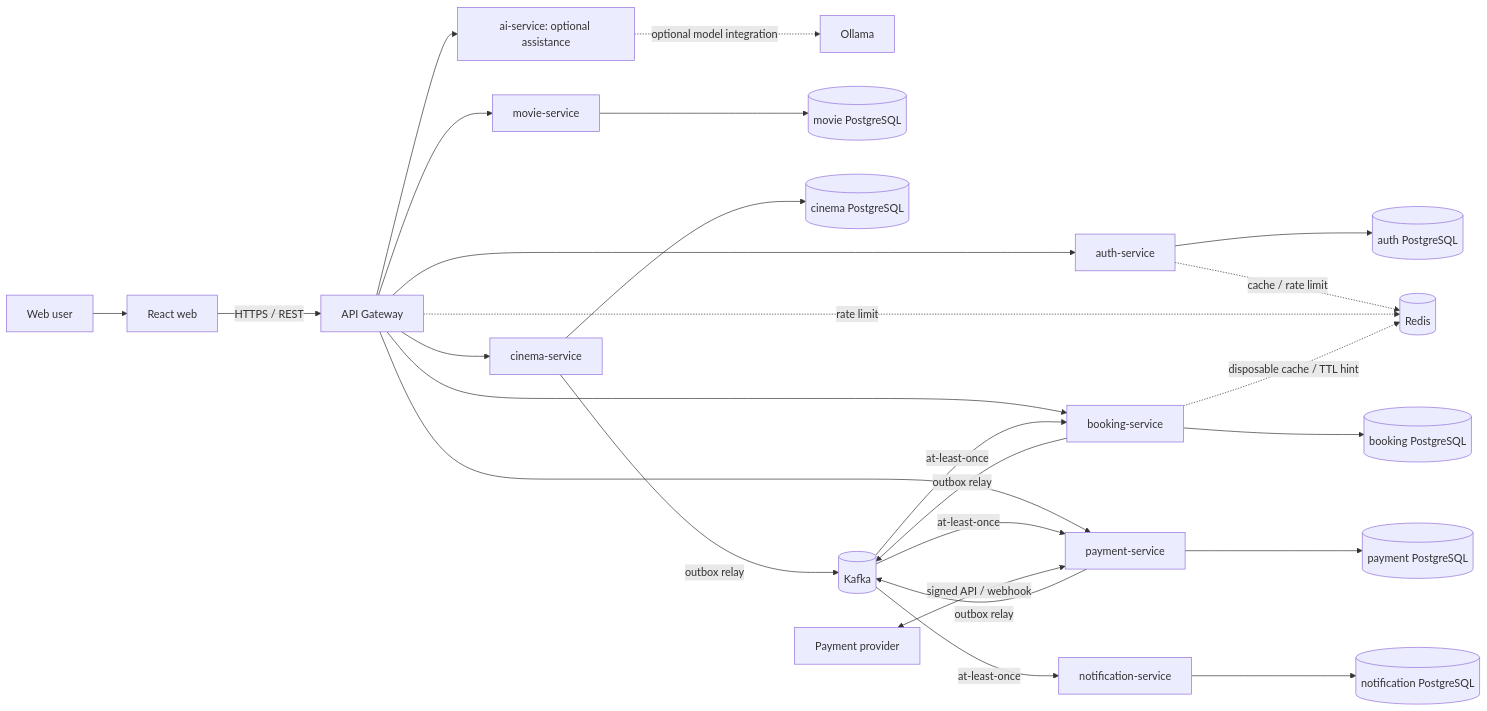
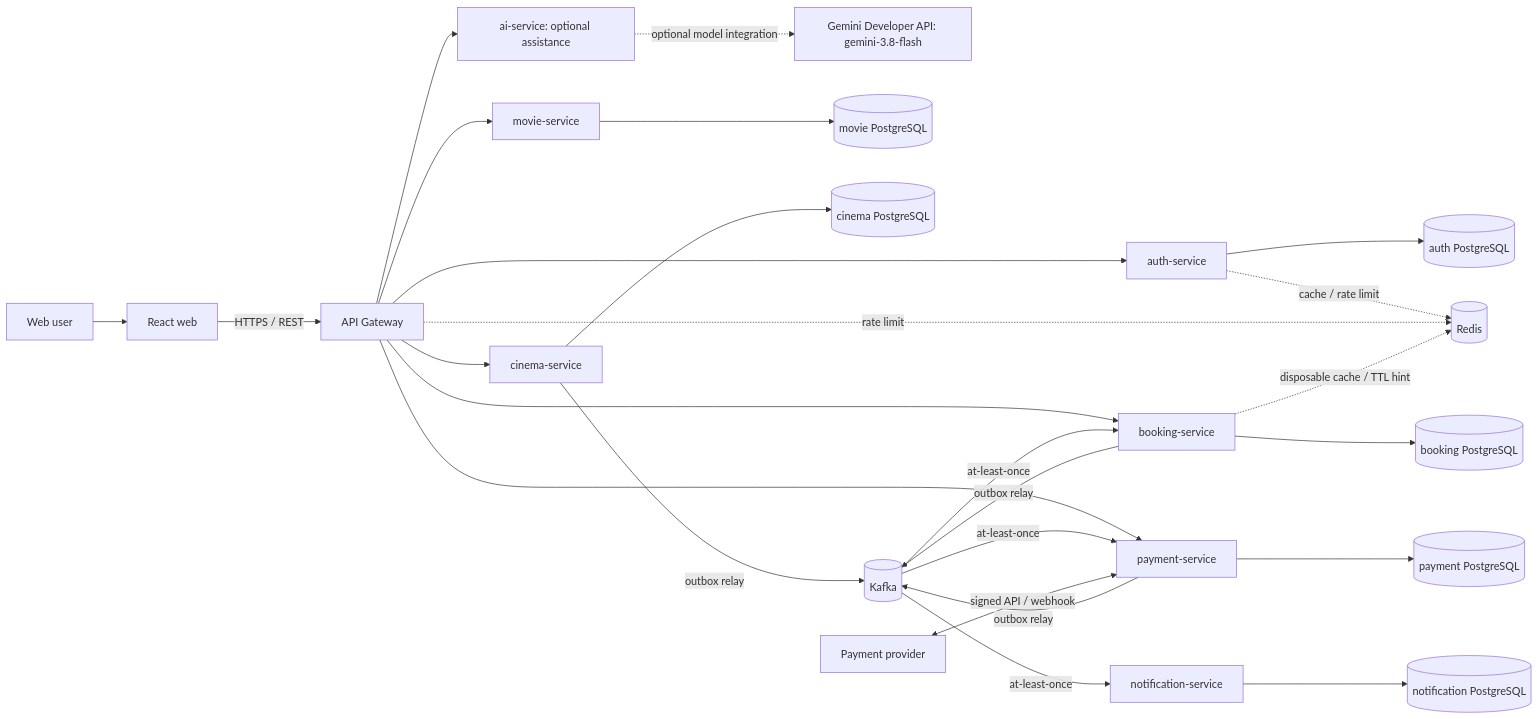
Before and after one commit to HoL0ngg/Movie-Booking-Platform: the diagram in docs/architecture.md, drawn with Mermaid. The commit also changed other lines of this file and 15 other files, not shown here.

````diff
--- a/docs/architecture.md
+++ b/docs/architecture.md
@@ -12,32 +12,32 @@
 ```mermaid
 flowchart LR
     User[Web user] --> Web[React web]
     Web -->|HTTPS / REST| Gateway[API Gateway]
 
     Gateway --> Auth[auth-service]
     Gateway --> Movie[movie-service]
     Gateway --> Cinema[cinema-service]
     Gateway --> Booking[booking-service]
     Gateway --> Payment[payment-service]
     Gateway --> AI[ai-service: optional assistance]
-    AI -. optional model integration .-> Ollama[Ollama]
+    AI -. optional model integration .-> Gemini[Gemini Developer API: gemini-3.8-flash]
 
     Auth --> AuthDB[(auth PostgreSQL)]
     Movie --> MovieDB[(movie PostgreSQL)]
     Cinema --> CinemaDB[(cinema PostgreSQL)]
     Booking --> BookingDB[(booking PostgreSQL)]
     Payment --> PaymentDB[(payment PostgreSQL)]
     Notify[notification-service] --> NotifyDB[(notification PostgreSQL)]
 
     Cinema -->|outbox relay| Kafka[(Kafka)]
     Booking -->|outbox relay| Kafka
     Payment -->|outbox relay| Kafka
     Kafka -->|at-least-once| Booking
     Kafka -->|at-least-once| Payment
     Kafka -->|at-least-once| Notify
 
     Provider[Payment provider] <-->|signed API / webhook| Payment
     Auth -. cache / rate limit .-> Redis[(Redis)]
     Gateway -. rate limit .-> Redis
     Booking -. disposable cache / TTL hint .-> Redis
 ```
````
